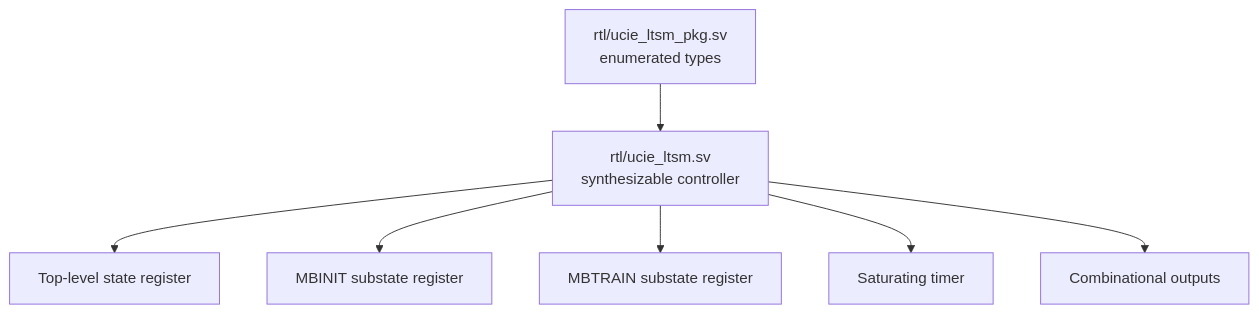
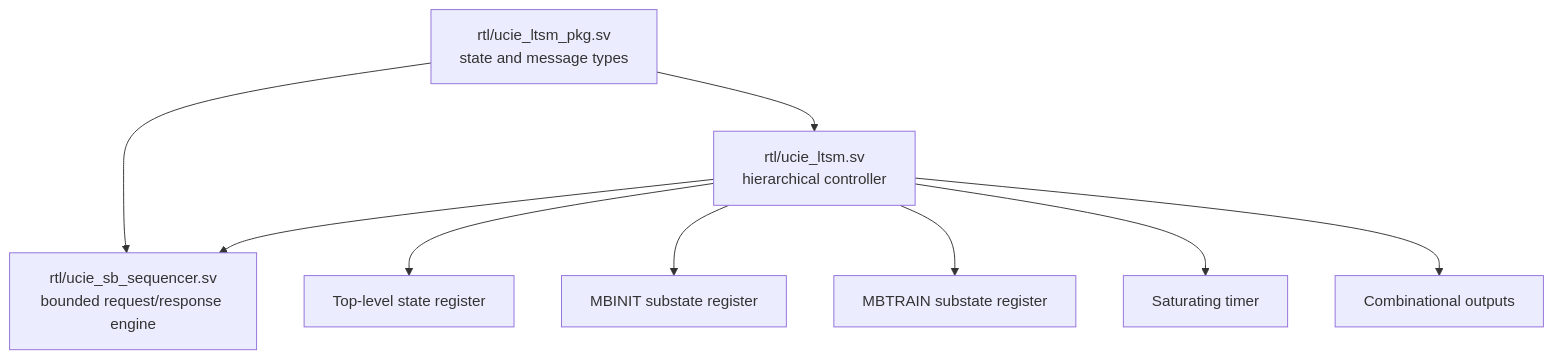
Before and after one commit to Varadain/ucie-ltsm: the diagram in docs/04_rtl/README.md, drawn with Mermaid. The commit also changed other lines of this file and 33 other files, not shown here.

````diff
--- a/docs/04_rtl/README.md
+++ b/docs/04_rtl/README.md
@@ -5,9 +5,11 @@
 ```mermaid
 flowchart TD
-    PKG[rtl/ucie_ltsm_pkg.sv<br/>enumerated types] --> DUT[rtl/ucie_ltsm.sv<br/>synthesizable controller]
+    PKG[rtl/ucie_ltsm_pkg.sv<br/>state and message types] --> DUT[rtl/ucie_ltsm.sv<br/>hierarchical controller]
+    PKG --> SEQ[rtl/ucie_sb_sequencer.sv<br/>bounded request/response engine]
+    DUT --> SEQ
     DUT --> STATE[Top-level state register]
     DUT --> MBI[MBINIT substate register]
     DUT --> MBT[MBTRAIN substate register]
     DUT --> TIMER[Saturating timer]
     DUT --> OUT[Combinational outputs]
 ```
````
